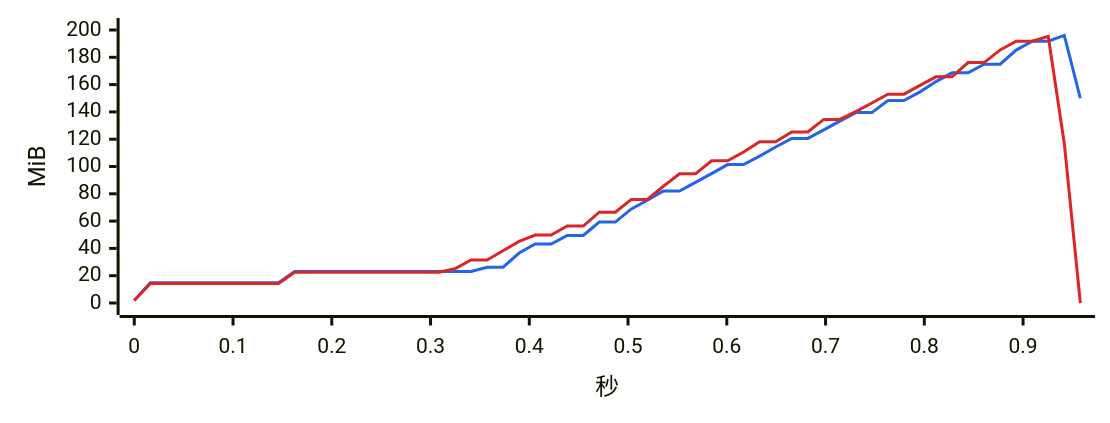
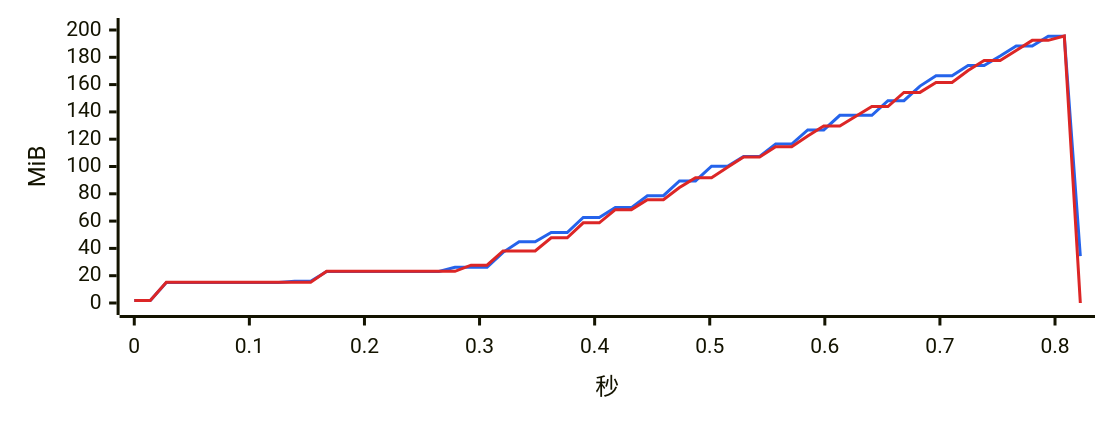
Before and after one commit to 334456777/WeFlow: diagram 13 of 17 in bench/v2.0.0/summary.md, drawn with Mermaid. The commit also changed other lines of this file and 3 other files, not shown here.

````diff
--- a/bench/v2.0.0/summary.md
+++ b/bench/v2.0.0/summary.md
@@ -422,8 +419,8 @@
 ```mermaid
 %%{init: {"xyChart": {"width": 720, "height": 260}, "themeVariables": {"xyChart": {"plotColorPalette": "#2563eb, #dc2626"}}}}%%
 xychart-beta
-    x-axis "秒" 0 --> 0.958
+    x-axis "秒" 0 --> 0.822
     y-axis "MiB" 0 --> 200
-    line [1.8, 14.9, 14.9, 14.9, 14.9, 14.9, 14.9, 14.9, 14.9, 14.9, 23.1, 23.1, 23.1, 23.1, 23.1, 23.1, 23.1, 23.1, 23.1, 23.1, 23.1, 23.1, 26.2, 26.2, 36.6, 43.2, 43.2, 49.5, 49.5, 59.3, 59.3, 68.9, 75.3, 82.0, 82.0, 88.4, 94.8, 101.4, 101.4, 107.6, 114.3, 120.6, 120.6, 126.8, 133.2, 139.5, 139.5, 148.3, 148.3, 154.7, 162.2, 168.6, 168.6, 175.0, 175.0, 185.3, 191.8, 191.8, 196.0, 150.0]
-    line [1.8, 14.3, 14.3, 14.3, 14.3, 14.3, 14.3, 14.3, 14.3, 14.3, 22.5, 22.5, 22.5, 22.5, 22.5, 22.5, 22.5, 22.5, 22.5, 22.5, 25.1, 31.5, 31.5, 38.3, 45.1, 49.8, 49.8, 56.4, 56.4, 66.5, 66.5, 75.9, 75.9, 85.5, 94.6, 94.6, 104.2, 104.2, 110.6, 118.1, 118.1, 125.3, 125.3, 134.5, 134.5, 140.2, 146.5, 153.0, 153.0, 159.4, 165.7, 165.7, 176.1, 176.1, 185.4, 191.8, 191.8, 195.3, 116.9, 0.0]
+    line [1.8, 1.8, 15.0, 15.0, 15.0, 15.0, 15.0, 15.0, 15.0, 15.0, 15.9, 15.9, 23.1, 23.1, 23.1, 23.1, 23.1, 23.1, 23.1, 23.1, 26.1, 26.1, 26.1, 37.1, 44.9, 44.9, 51.6, 51.6, 62.7, 62.7, 69.9, 69.9, 78.6, 78.6, 89.4, 89.4, 100.2, 100.2, 107.4, 107.4, 116.4, 116.4, 126.8, 126.8, 137.5, 137.5, 137.5, 148.2, 148.2, 158.9, 166.5, 166.5, 174.0, 174.0, 180.9, 188.3, 188.3, 195.5, 195.5, 34.3]
+    line [1.8, 1.8, 15.2, 15.2, 15.2, 15.2, 15.2, 15.2, 15.2, 15.2, 15.2, 15.2, 23.2, 23.2, 23.2, 23.2, 23.2, 23.2, 23.2, 23.2, 23.2, 27.7, 27.7, 38.1, 38.1, 38.1, 47.8, 47.8, 58.7, 58.7, 68.4, 68.4, 75.7, 75.7, 84.6, 91.8, 91.8, 99.5, 107.0, 107.0, 114.4, 114.4, 122.4, 129.6, 129.6, 136.8, 143.9, 143.9, 154.3, 154.3, 161.5, 161.5, 170.3, 177.6, 177.6, 185.0, 192.4, 192.4, 195.6, 0.0]
 ```
````
